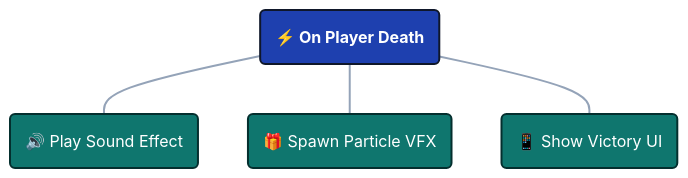
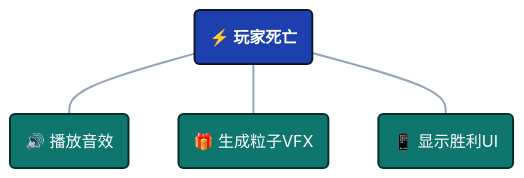
The first of 3 diagrams in i18n/zh/docusaurus-plugin-content-docs/current/game-event-system/flow-graph/game-event-node-connector.md (tinygiants-tech/TinyGiants), drawn with Mermaid before and after one commit. The commit also changed other lines of this file and 4 other files, not shown here.

Commit message:
修复文档页图像高亮的样式丢失问题

````diff
--- a/i18n/zh/docusaurus-plugin-content-docs/current/game-event-system/flow-graph/game-event-node-connector.md
+++ b/i18n/zh/docusaurus-plugin-content-docs/current/game-event-system/flow-graph/game-event-node-connector.md
@@ -48,18 +47,18 @@
 ```mermaid
 graph TD
 
     classDef event fill:#1e40af,stroke:#0f172a,stroke-width:2px,color:#ffffff,font-weight:bold
     classDef sideEffect fill:#0f766e,stroke:#042f2e,stroke-width:2px,color:#ffffff
     
-    A("⚡ On Player Death"):::event
+    A("⚡ 玩家死亡"):::event
     
-    B("🔊 Play Sound Effect"):::sideEffect
-    C("🎁 Spawn Particle VFX"):::sideEffect
-    D("📱 Show Victory UI"):::sideEffect
+    B("🔊 播放音效"):::sideEffect
+    C("🎁 生成粒子VFX"):::sideEffect
+    D("📱 显示胜利UI"):::sideEffect
 
     A --- B
     A --- C
     A --- D
 
     linkStyle default stroke:#94a3b8,stroke-width:2px
 ```
````
